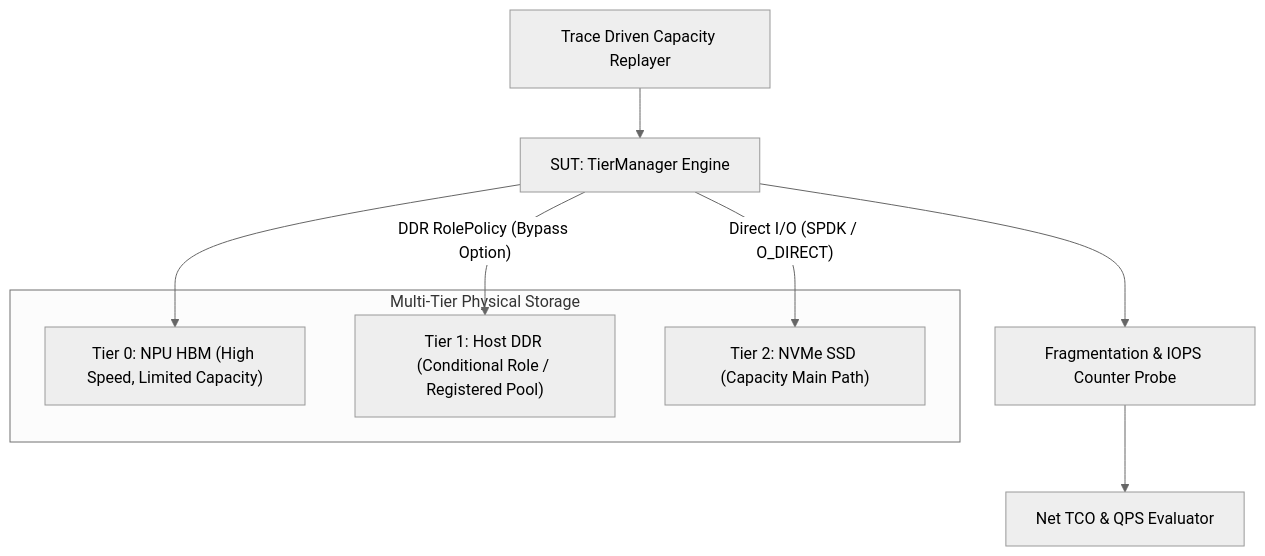
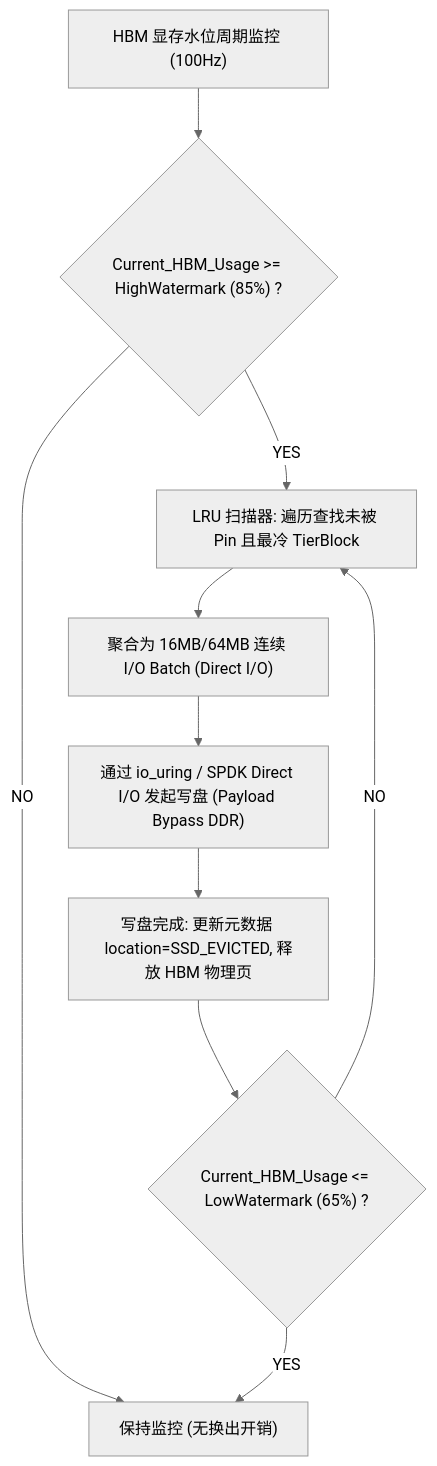
Before and after one commit to stonetree/reports: the first of 2 diagrams in kvcache/unified_kv_memory/提前验证方案设计/验证计划方案设计/06_PVT-05_HBM-SSD直达容量主路径与DDR条件角色Tiering验证实施方案设计.md, drawn with Mermaid (neutral theme). The commit also changed other lines of this file and 51 other files, not shown here.

````diff
--- a/kvcache/unified_kv_memory/提前验证方案设计/验证计划方案设计/06_PVT-05_HBM-SSD直达容量主路径与DDR条件角色Tiering验证实施方案设计.md
+++ b/kvcache/unified_kv_memory/提前验证方案设计/验证计划方案设计/06_PVT-05_HBM-SSD直达容量主路径与DDR条件角色Tiering验证实施方案设计.md
@@ -57,17 +66,12 @@
 ```mermaid
 flowchart TD
-    TraceDriver["Trace Driven Capacity Replayer"] --> TierManager["SUT: TierManager Engine"]
-
-    subgraph Memory_Tiers["Multi-Tier Physical Storage"]
-        HBM["Tier 0: NPU HBM (High Speed, Limited Capacity)"]
-        DDR["Tier 1: Host DDR (Conditional Role / Registered Pool)"]
-        SSD["Tier 2: NVMe SSD (Capacity Main Path)"]
-    end
-
-    TierManager --> HBM
-    TierManager -- "DDR RolePolicy (Bypass Option)" --> DDR
-    TierManager -- "Direct I/O (SPDK / O_DIRECT)" --> SSD
-
-    TierManager --> CounterProbe["Fragmentation & IOPS Counter Probe"]
-    CounterProbe --> NetTCO["Net TCO & QPS Evaluator"]
+    Mon["HBM 显存水位周期监控 (100Hz)"] --> CheckHigh{"Current_HBM_Usage >= HighWatermark (85%) ?"}
+    CheckHigh -- "NO" --> Idle["保持监控 (无换出开销)"]
+    CheckHigh -- "YES" --> ScanLRU["LRU 扫描器: 遍历查找未被 Pin 且最冷 TierBlock"]
+    ScanLRU --> FormBatch["聚合为 16MB/64MB 连续 I/O Batch (Direct I/O)"]
+    FormBatch --> SubmitDirect["通过 io_uring / SPDK Direct I/O 发起写盘 (Payload Bypass DDR)"]
+    SubmitDirect --> UpdateMeta["写盘完成: 更新元数据 location=SSD_EVICTED, 释放 HBM 物理页"]
+    UpdateMeta --> CheckLow{"Current_HBM_Usage <= LowWatermark (65%) ?"}
+    CheckLow -- "NO" --> ScanLRU
+    CheckLow -- "YES" --> Idle
 ```
````
